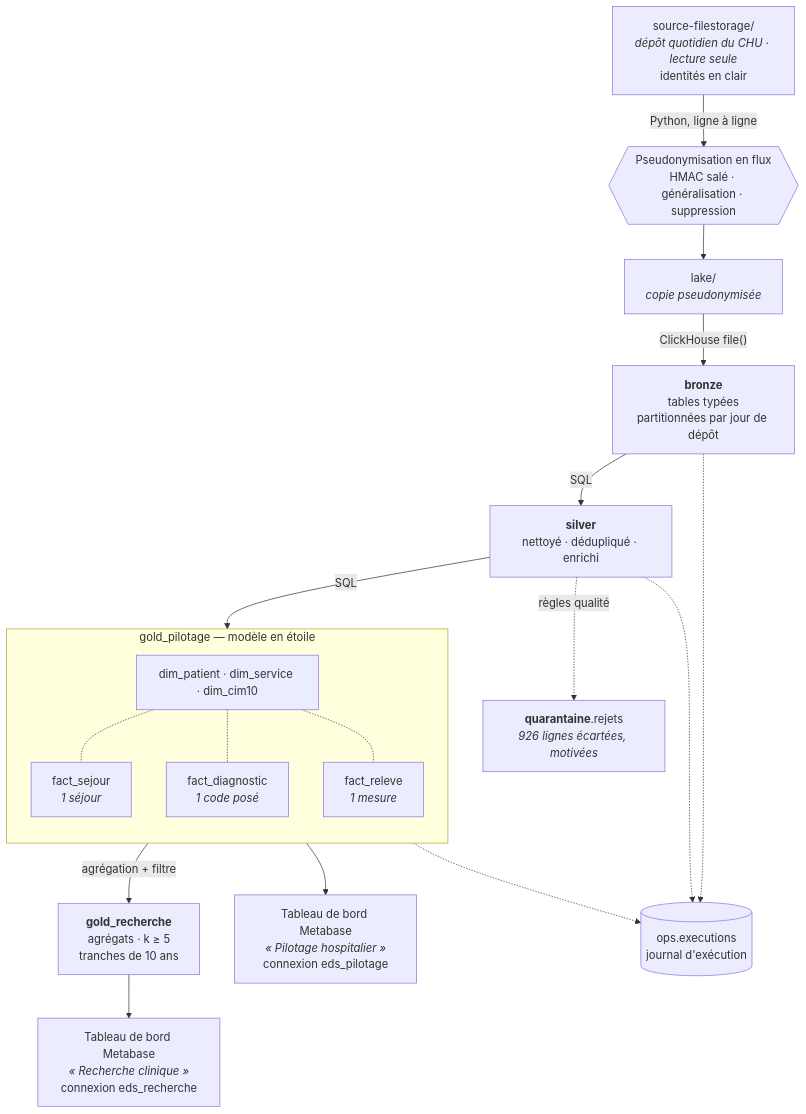
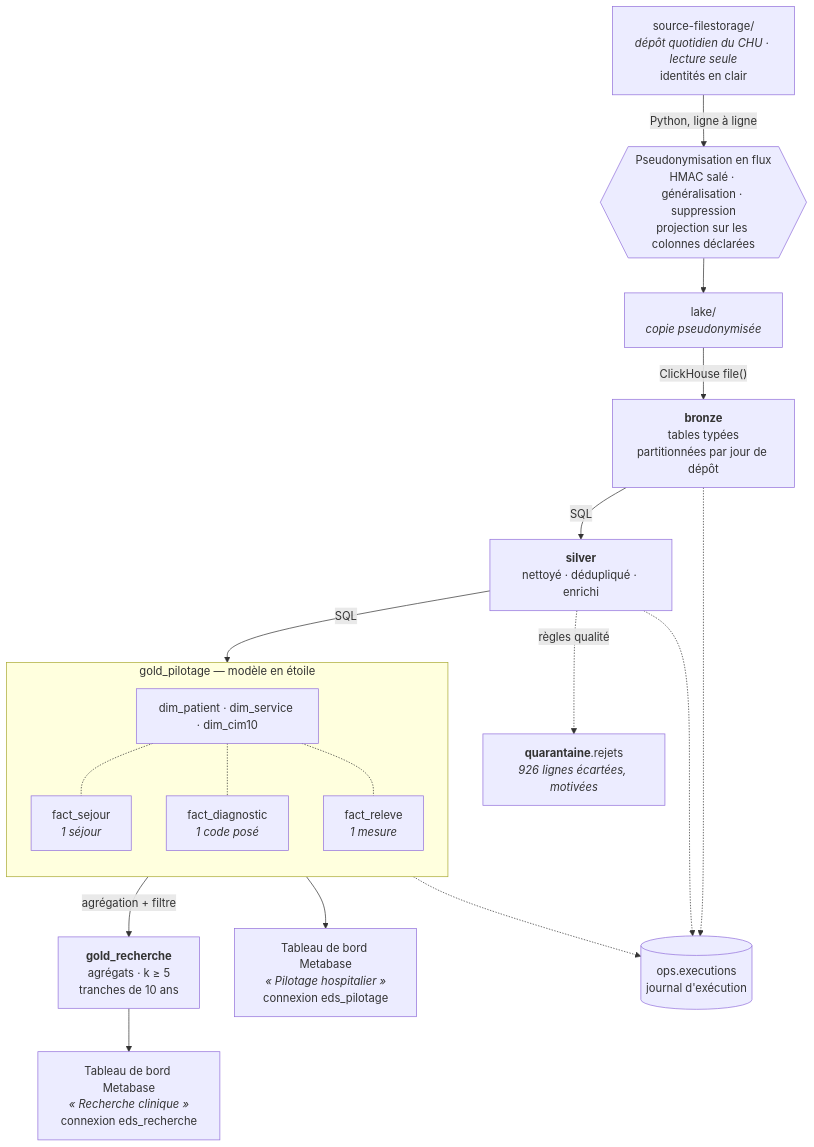
Before and after one commit to Periicles/BigData: the first of 2 diagrams in docs/RAPPORT.md, drawn with Mermaid. The commit also changed other lines of this file and 2 other files, not shown here.

````diff
--- a/docs/RAPPORT.md
+++ b/docs/RAPPORT.md
@@ -190,37 +190,37 @@
 ```mermaid
 flowchart TD
     S["source-filestorage/<br/><i>dépôt quotidien du CHU · lecture seule</i><br/>identités en clair"]
-    P{{"Pseudonymisation en flux<br/>HMAC salé · généralisation · suppression"}}
+    P{{"Pseudonymisation en flux<br/>HMAC salé · généralisation · suppression<br/>projection sur les colonnes déclarées"}}
     L["lake/<br/><i>copie pseudonymisée</i>"]
     B["<b>bronze</b><br/>tables typées<br/>partitionnées par jour de dépôt"]
     V["<b>silver</b><br/>nettoyé · dédupliqué · enrichi"]
     R["<b>quarantaine</b>.rejets<br/><i>926 lignes écartées, motivées</i>"]
 
     subgraph GP["gold_pilotage — modèle en étoile"]
         direction TB
         DIM["dim_patient · dim_service · dim_cim10"]
         F1["fact_sejour<br/><i>1 séjour</i>"]
         F2["fact_diagnostic<br/><i>1 code posé</i>"]
         F3["fact_releve<br/><i>1 mesure</i>"]
         DIM -.- F1
         DIM -.- F2
         DIM -.- F3
     end
 
     GR["<b>gold_recherche</b><br/>agrégats · k ≥ 5<br/>tranches de 10 ans"]
     DP["Tableau de bord Metabase<br/><i>« Pilotage hospitalier »</i><br/>connexion eds_pilotage"]
     DR["Tableau de bord Metabase<br/><i>« Recherche clinique »</i><br/>connexion eds_recherche"]
     O[("ops.executions<br/>journal d'exécution")]
 
     S -->|Python, ligne à ligne| P --> L
     L -->|"ClickHouse file()"| B
     B -->|SQL| V
     V -.->|règles qualité| R
     V -->|SQL| GP
     F2 -->|agrégation + filtre| GR
     GP --> DP
     GR --> DR
     B -.-> O
     V -.-> O
     GP -.-> O
 ```
````
